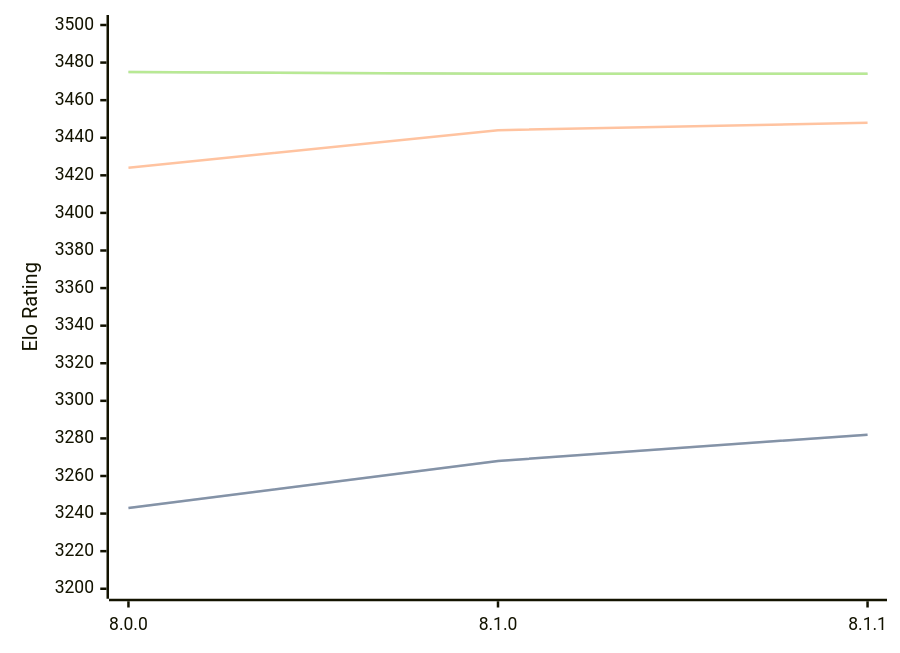
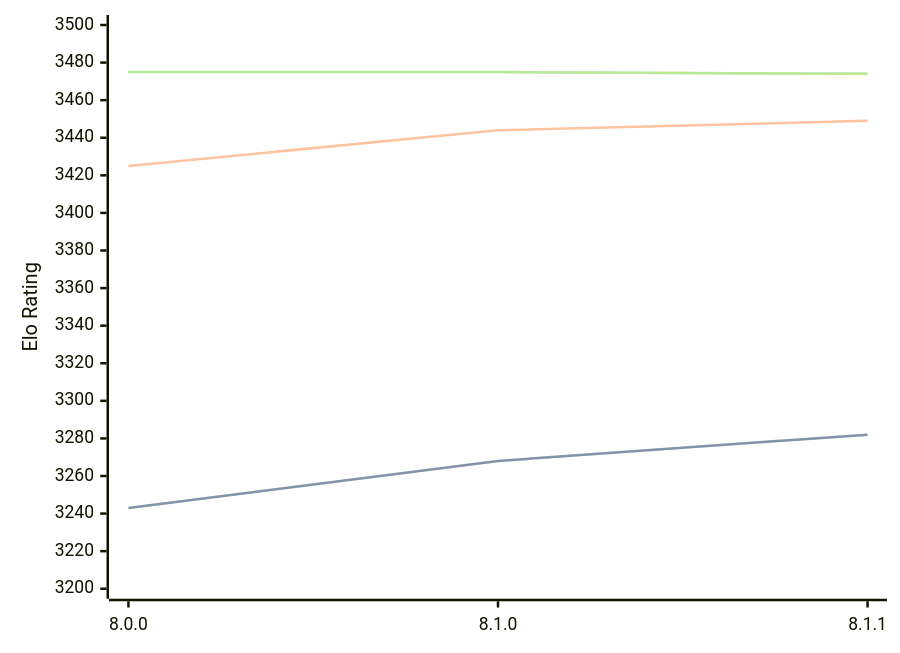
One commit to computer-chess-index/cci changed the diagram in engines/Velvet.md. Above: the diagram before and after it, drawn with Mermaid. The commit also changed other lines of this file, not shown here.

Commit message:
Update CCI Ratings (ELO VLTC) - 2026-09-06

````diff
--- a/engines/Velvet.md
+++ b/engines/Velvet.md
@@ -33,11 +33,11 @@
 ```mermaid
 %%{init: {"theme":"base","themeVariables":{"seriesColors:['#a3a3a3','#222221','#faa371']}}}%%
 xychart-beta
   x-axis ["8.0.0", "8.1.0", "8.1.1"]
   y-axis "Elo Rating" 3200 --> 3500
   line "" [3243, 3268, 3282]
   line "STC (8.0+0.08s)" [3243, 3268, 3282]
-  line "LTC (60.0+0.60s)" [3424, 3444, 3448]
-  line "" [3475, 3474, 3474]
-  line "VLTC (2m24s+1.12s)" [3475, 3474, 3474]
+  line "LTC (60.0+0.60s)" [3425, 3444, 3449]
+  line "" [3475, 3475, 3474]
+  line "VLTC (2m24s+1.12s)" [3475, 3475, 3474]
 ```
````
